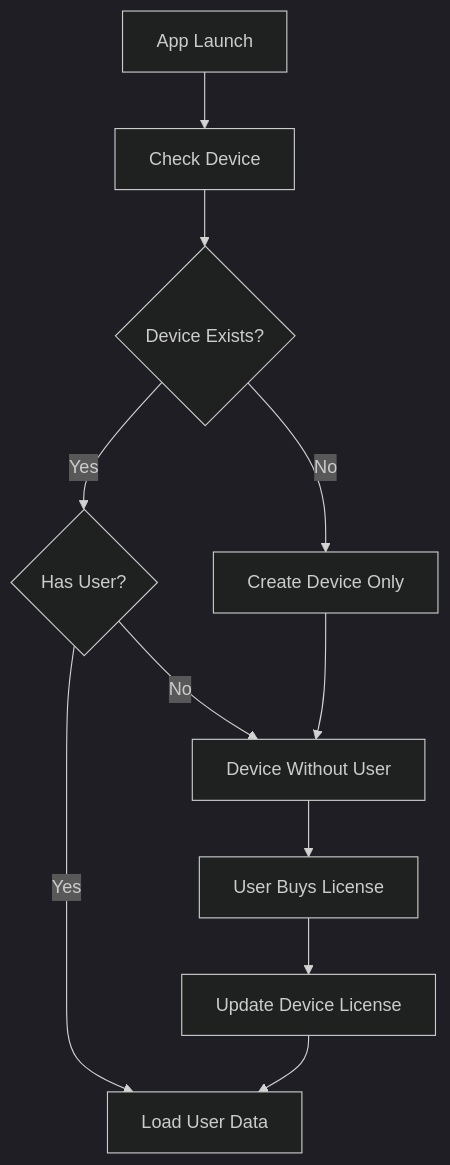
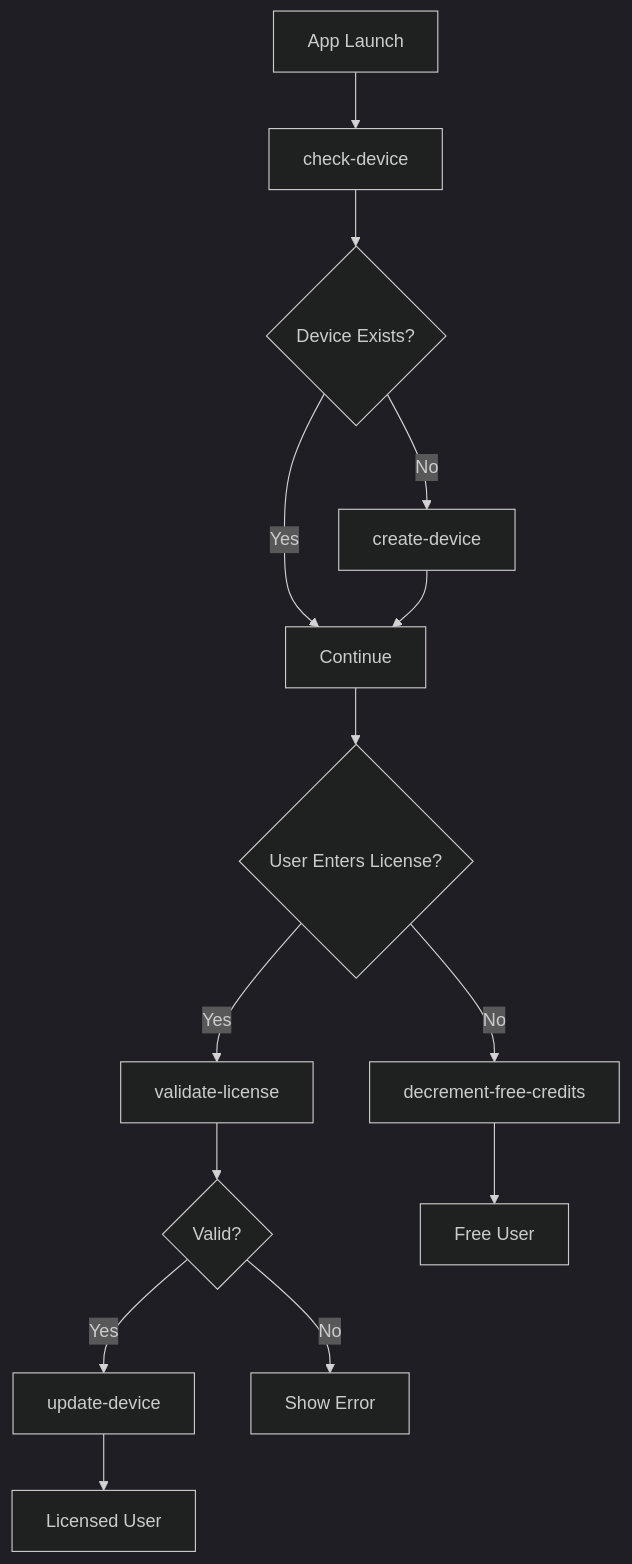
Before and after one commit to moinulmoin/cutclip: the first of 2 diagrams in USER_API_DOCS.md, drawn with Mermaid (dark theme). The commit also changed other lines of this file and 3 other files, not shown here.

Commit message:
feat: :sparkles: enhance USER_API_DOCS with new license validation flow and update DeviceRegistrationService for improved API integration

````diff
--- a/USER_API_DOCS.md
+++ b/USER_API_DOCS.md
@@ -159,13 +4,16 @@
 ```mermaid
 flowchart TD
-    A[App Launch] --> B[Check Device]
+    A[App Launch] --> B[check-device]
     B --> C{Device Exists?}
-    C -->|No| D[Create Device Only]
-    C -->|Yes| E{Has User?}
-    E -->|No| F[Device Without User]
-    E -->|Yes| G[Load User Data]
-    D --> F
-    F --> H[User Buys License]
-    H --> I[Update Device License]
-    I --> G
+    C -->|No| D[create-device]
+    C -->|Yes| E[Continue]
+    D --> E
+    E --> F{User Enters License?}
+    F -->|Yes| G[validate-license]
+    G --> H{Valid?}
+    H -->|Yes| I[update-device]
+    H -->|No| J[Show Error]
+    I --> K[Licensed User]
+    F -->|No| L[decrement-free-credits]
+    L --> M[Free User]
 ```
````
